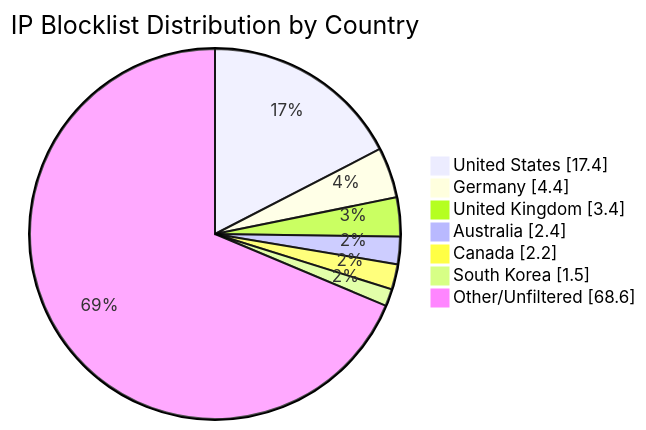
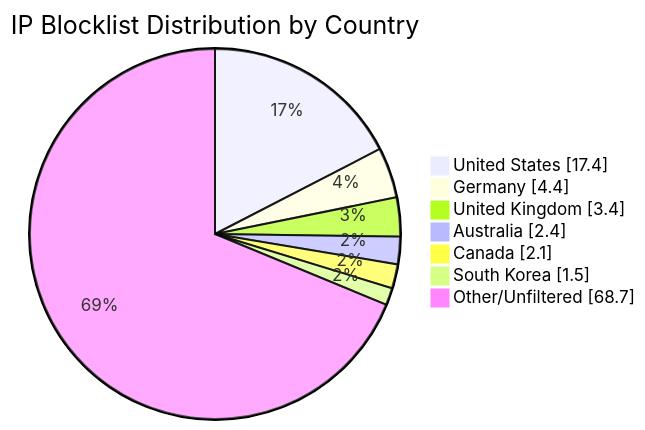
One commit to MarcusHoltz/ipblocklist-geofiltered-aggregator changed the diagram in README.md. Above: the diagram before and after it, drawn with Mermaid. The commit also changed other lines of this file and 9 other files, not shown here.

````diff
--- a/README.md
+++ b/README.md
@@ -34,10 +34,10 @@
 ```mermaid
 pie showData title IP Blocklist Distribution by Country
 "United States" : 17.4
 "Germany" : 4.4
 "United Kingdom" : 3.4
 "Australia" : 2.4
-"Canada" : 2.2
+"Canada" : 2.1
 "South Korea" : 1.5
-"Other/Unfiltered" : 68.6
+"Other/Unfiltered" : 68.7
 ```
````
